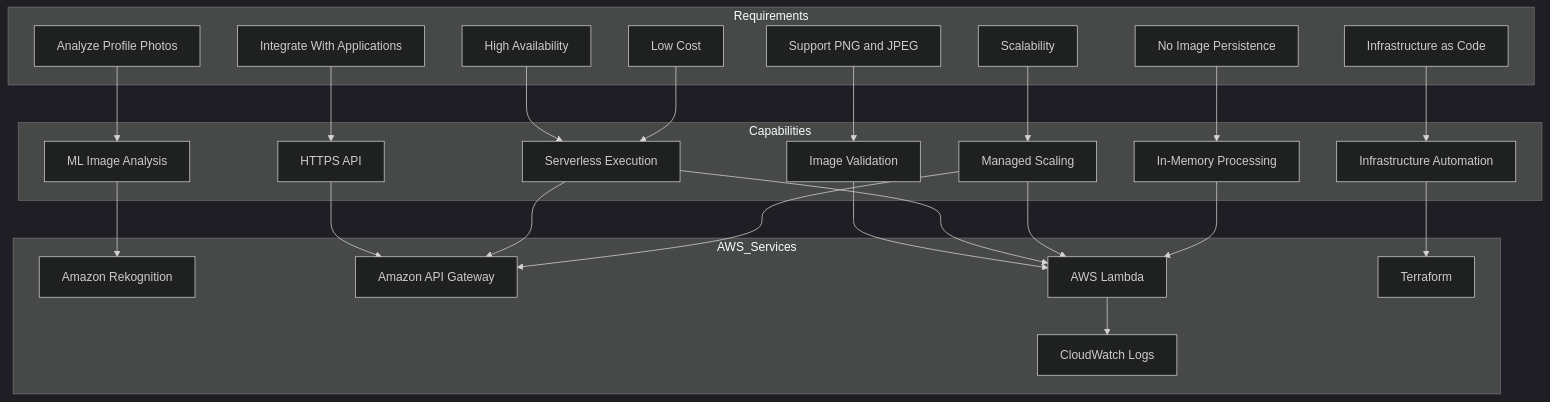
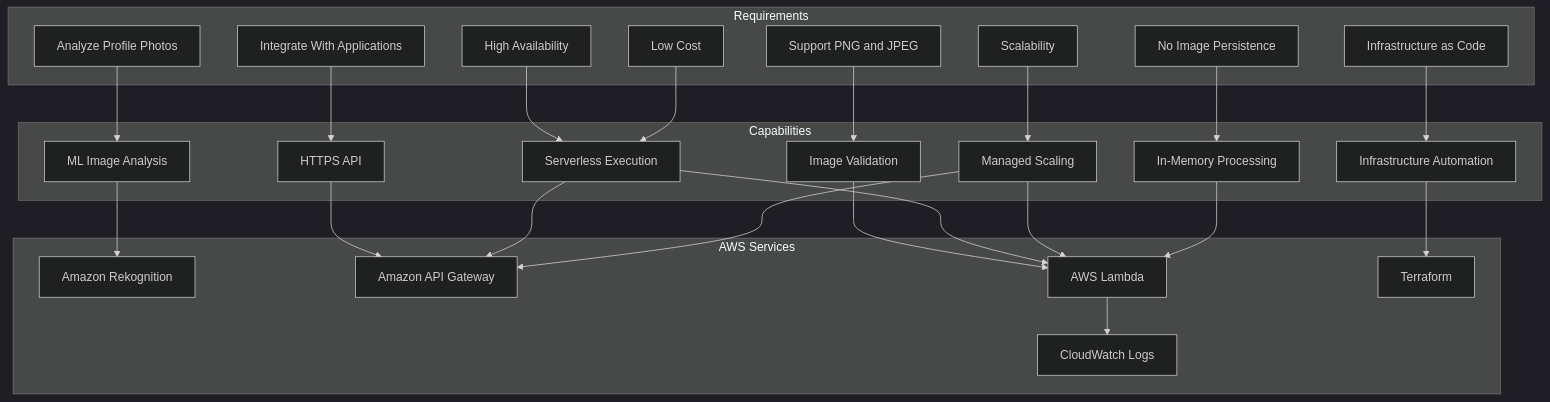
One commit to aliaagamall/cloud-projects changed the fourth of 12 diagrams in 02-image-analyzer/docs/architecture.md. Above: the diagram before and after it, drawn with Mermaid (dark theme). The commit also changed other lines of this file, not shown here.

Commit message:
fix(architecture): correct GitHub Mermaid diagrams

````diff
--- a/02-image-analyzer/docs/architecture.md
+++ b/02-image-analyzer/docs/architecture.md
@@ -95,52 +101,52 @@
 ```mermaid
 flowchart TD
     subgraph Requirements
-        R1[Analyze Profile Photos]
-        R2[Integrate With Applications]
-        R3[Support PNG and JPEG]
-        R4[High Availability]
-        R5[Low Cost]
-        R6[Scalability]
-        R7[No Image Persistence]
-        R8[Infrastructure as Code]
+        R1["Analyze Profile Photos"]
+        R2["Integrate With Applications"]
+        R3["Support PNG and JPEG"]
+        R4["High Availability"]
+        R5["Low Cost"]
+        R6["Scalability"]
+        R7["No Image Persistence"]
+        R8["Infrastructure as Code"]
     end
 
     subgraph Capabilities
-        C1[ML Image Analysis]
-        C2[HTTPS API]
-        C3[Image Validation]
-        C4[Serverless Execution]
-        C5[Managed Scaling]
-        C6[In-Memory Processing]
-        C7[Infrastructure Automation]
+        C1["ML Image Analysis"]
+        C2["HTTPS API"]
+        C3["Image Validation"]
+        C4["Serverless Execution"]
+        C5["Managed Scaling"]
+        C6["In-Memory Processing"]
+        C7["Infrastructure Automation"]
     end
 
-    subgraph AWS_Services
-        S1[Amazon Rekognition]
-        S2[Amazon API Gateway]
-        S3[AWS Lambda]
-        S4[Terraform]
-        S5[CloudWatch Logs]
+    subgraph AWSServices["AWS Services"]
+        S1["Amazon Rekognition"]
+        S2["Amazon API Gateway"]
+        S3["AWS Lambda"]
+        S4["Terraform"]
+        S5["CloudWatch Logs"]
     end
 
     R1 --> C1
     R2 --> C2
     R3 --> C3
     R4 --> C4
     R5 --> C4
     R6 --> C5
     R7 --> C6
     R8 --> C7
 
     C1 --> S1
     C2 --> S2
     C3 --> S3
     C4 --> S2
     C4 --> S3
     C5 --> S2
     C5 --> S3
     C6 --> S3
     C7 --> S4
 
     S3 --> S5
 ```
````
